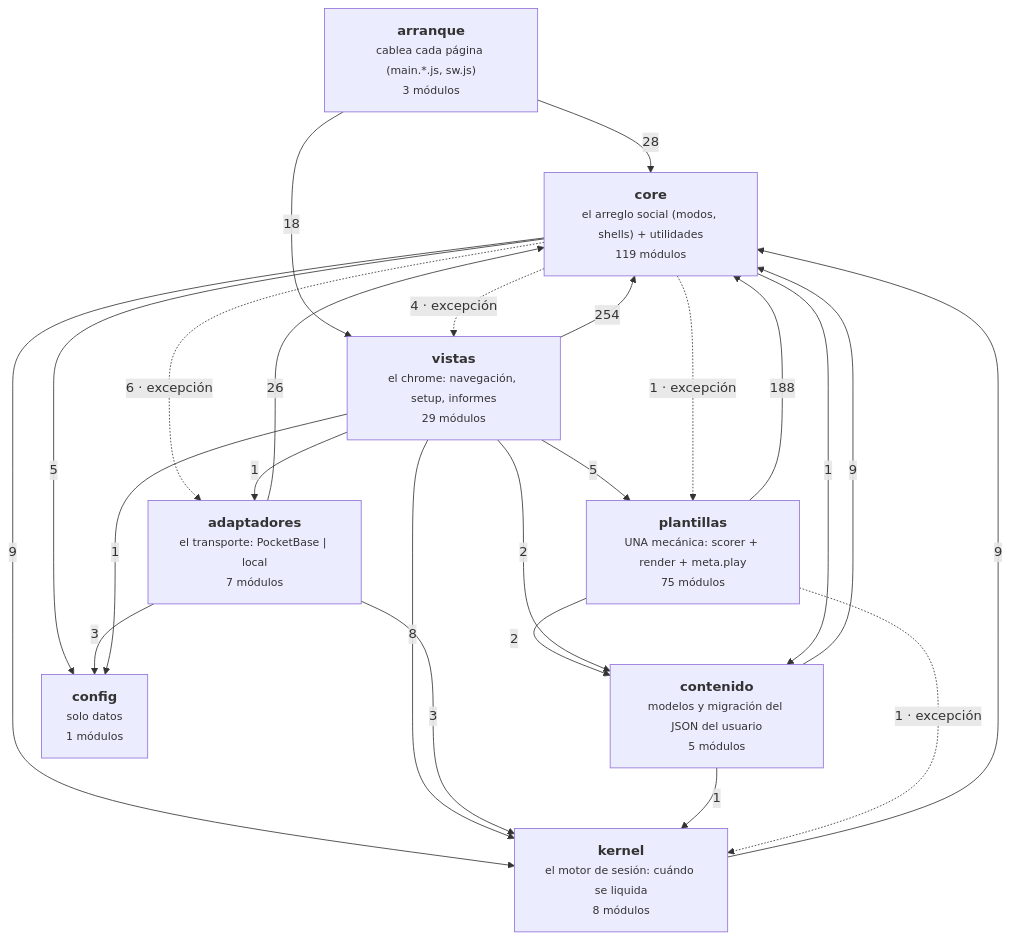
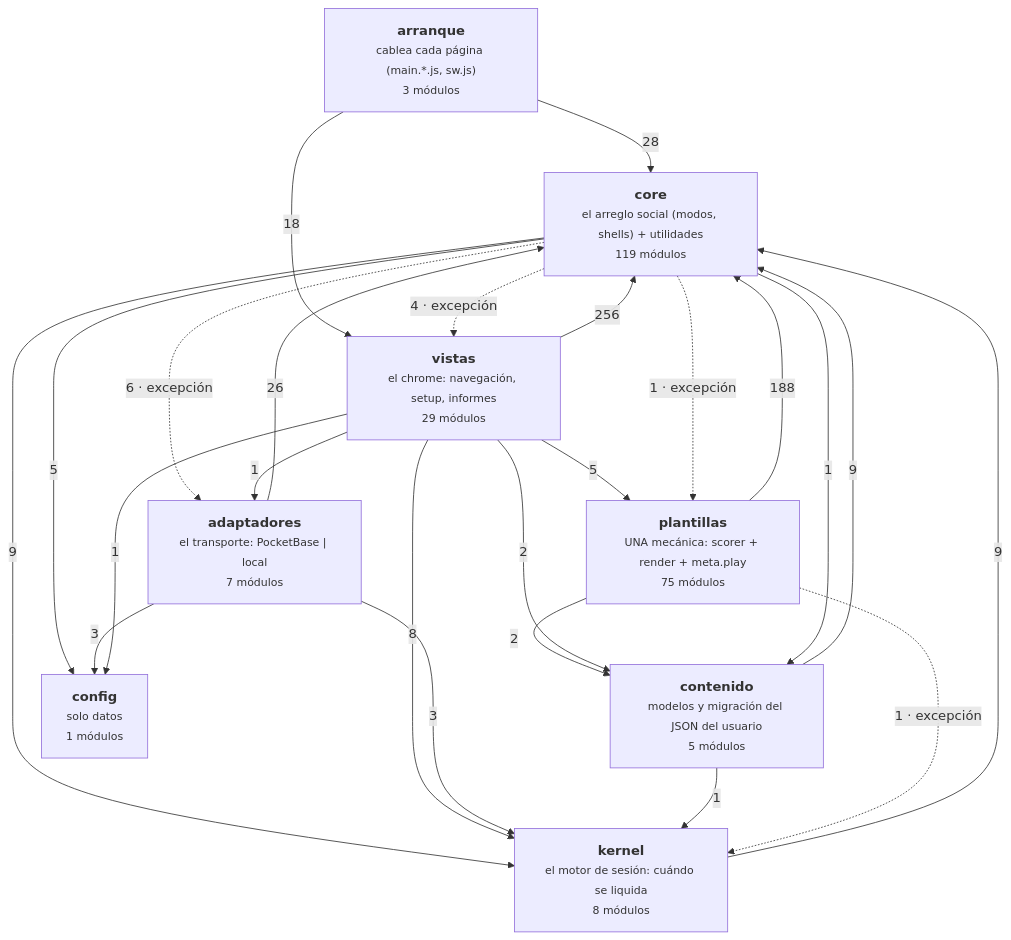
The diagram in docs/arquitectura-modulos.md (duecaz/ac), drawn with Mermaid before and after one commit. The commit also changed other lines of this file and 10 other files, not shown here.

````diff
--- a/docs/arquitectura-modulos.md
+++ b/docs/arquitectura-modulos.md
@@ -49,34 +49,34 @@
 ```mermaid
 graph TD
   A["<b>arranque</b><br/><small>cablea cada página (main.*.js, sw.js)</small><br/><small>3 módulos</small>"]
   V["<b>vistas</b><br/><small>el chrome: navegación, setup, informes</small><br/><small>29 módulos</small>"]
   AD["<b>adaptadores</b><br/><small>el transporte: PocketBase | local</small><br/><small>7 módulos</small>"]
   C["<b>core</b><br/><small>el arreglo social (modos, shells) + utilidades</small><br/><small>119 módulos</small>"]
   K["<b>kernel</b><br/><small>el motor de sesión: cuándo se liquida</small><br/><small>8 módulos</small>"]
   T["<b>plantillas</b><br/><small>UNA mecánica: scorer + render + meta.play</small><br/><small>75 módulos</small>"]
   CO["<b>contenido</b><br/><small>modelos y migración del JSON del usuario</small><br/><small>5 módulos</small>"]
   CF["<b>config</b><br/><small>solo datos</small><br/><small>1 módulos</small>"]
-  V -->|254| C
+  V -->|256| C
   T -->|188| C
   A -->|28| C
   AD -->|26| C
   A -->|18| V
   C -->|9| K
   CO -->|9| C
   K -->|9| C
   V -->|8| K
   C -.->|6 · excepción| AD
   C -->|5| CF
   V -->|5| T
   C -.->|4 · excepción| V
   AD -->|3| CF
   AD -->|3| K
   T -->|2| CO
   V -->|2| CO
   C -.->|1 · excepción| T
   C -->|1| CO
   CO -->|1| K
   T -.->|1 · excepción| K
   V -->|1| AD
   V -->|1| CF
 ```
````
